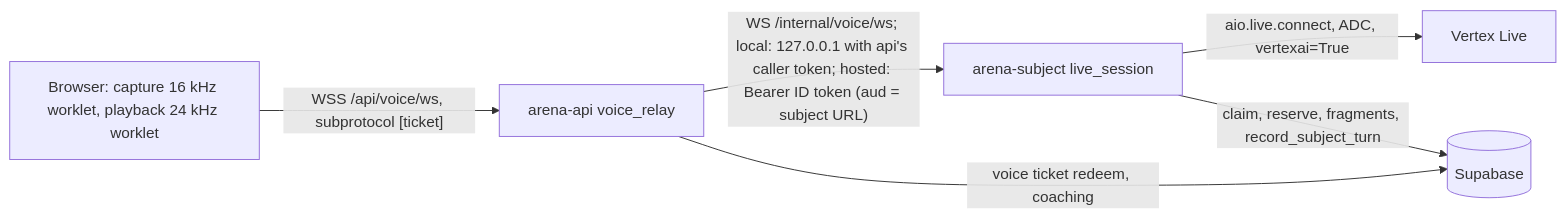
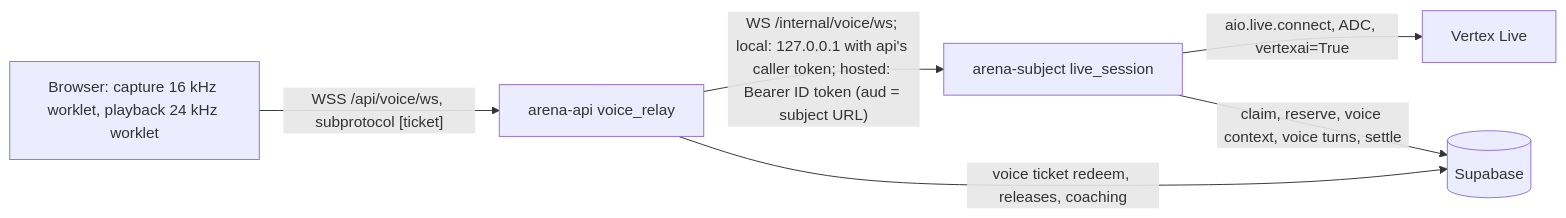
One commit to bbsatvik01/unissant_agentic_training_arena changed the second of 2 diagrams in docs/spec/S5-backend-and-lift.md. Above: the diagram before and after it, drawn with Mermaid. The commit also changed other lines of this file and 18 other files, not shown here.

Commit message:
docs(spec): v2.3 Codex round 1 fixes for S1-S5, schemas, seeds and SQL (S6-S8 fixer resuming)

````diff
--- a/docs/spec/S5-backend-and-lift.md
+++ b/docs/spec/S5-backend-and-lift.md
@@ -667,8 +716,8 @@
 ```mermaid
 flowchart LR
   B[Browser: capture 16 kHz worklet, playback 24 kHz worklet] -- "WSS /api/voice/ws, subprotocol [ticket]" --> A[arena-api voice_relay]
   A -- "WS /internal/voice/ws; local: 127.0.0.1 with api's caller token; hosted: Bearer ID token (aud = subject URL)" --> S[arena-subject live_session]
   S -- "aio.live.connect, ADC, vertexai=True" --> L[Vertex Live]
-  S -- "claim, reserve, fragments, record_subject_turn" --> DB[(Supabase)]
-  A -- "voice ticket redeem, coaching" --> DB
+  S -- "claim, reserve, voice context, voice turns, settle" --> DB[(Supabase)]
+  A -- "voice ticket redeem, releases, coaching" --> DB
 ```
````
